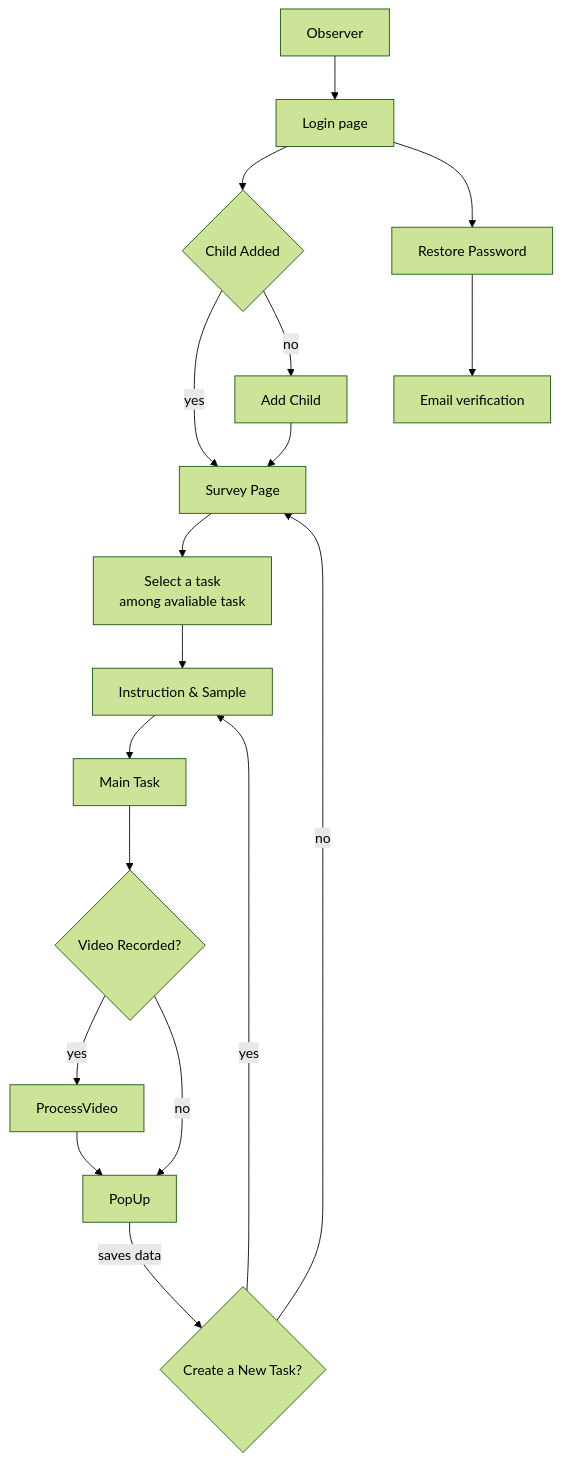
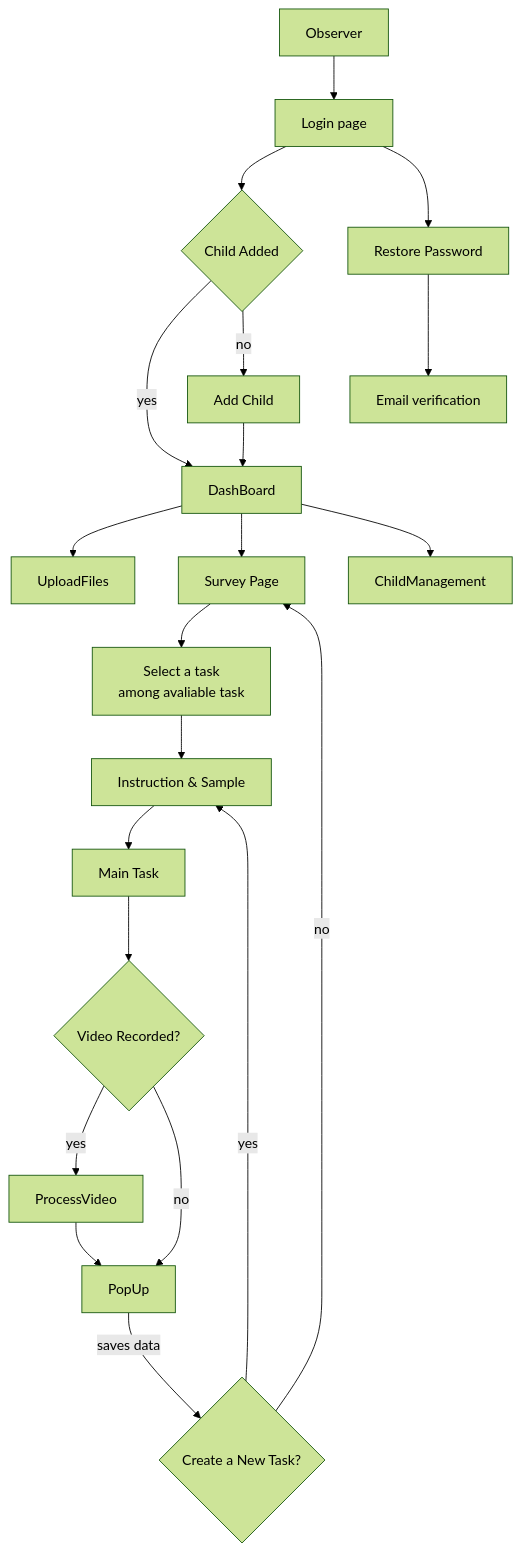
One commit to maniadav/start changed the fourth of 4 diagrams in docs/start_project_scope.md. Above: the diagram before and after it, drawn with Mermaid (forest theme).

Commit message:
flow update

````diff
--- a/docs/start_project_scope.md
+++ b/docs/start_project_scope.md
@@ -229,29 +229,35 @@
 ```mermaid
 
 graph TD
     %% Main flow
     Observer[Observer] --> Login
     Login[Login page] --> ChildAdded{"`Child Added`"}
     Login --> RestorePass
-    ChildAdded --yes--> SurveyPage
+    ChildAdded --yes--> DashBoard
     ChildAdded -- no --> AddChild
 
     %% Restore Password
     RestorePass[Restore Password] --> EmailVerification[Email verification]
 
     %% Add Child Path
-    AddChild[Add Child] -->SurveyPage
+    AddChild[Add Child] -->DashBoard
+
+    %% observer management dashbaord
+    DashBoard --> UploadFiles
+    DashBoard --> SurveyPage
+    DashBoard --> ChildManagement
+
 
 
     SurveyPage[Survey Page] --> TestSelection
     TestSelection[Select a task<br/>among avaliable task] --> SampleTask
     SampleTask[Instruction & Sample ] --> MainTask
     MainTask[Main Task] --> VideoRecord
     VideoRecord{"`Video Recorded?`"}--yes--> ProcessVideo
     ProcessVideo --> PopUp
     VideoRecord -- no --> PopUp
     PopUp -- saves data -->  NewTask
     NewTask{"`Create a New Task?`"} -- yes --> SampleTask
     NewTask -- no --> SurveyPage
 
 ```
````
